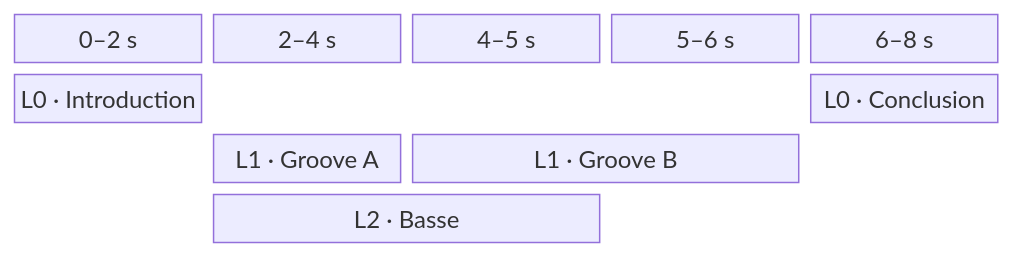
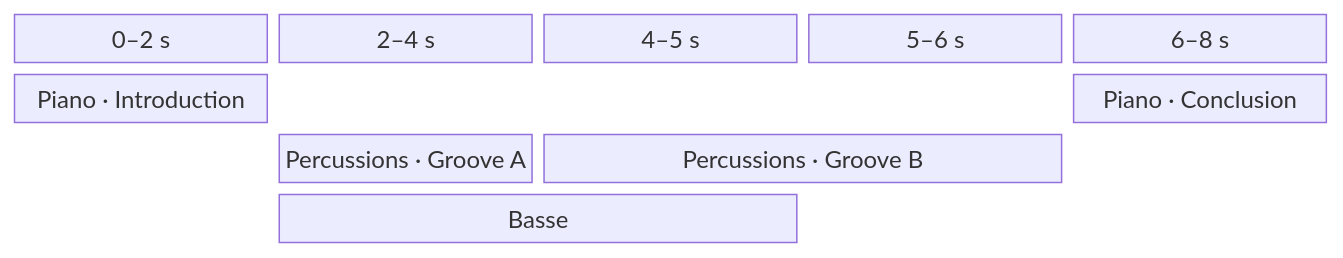
Before and after one commit to LucasBertrand/pianola-doc: the third of 4 diagrams in architecture.md, drawn with Mermaid. The commit also changed other lines of this file and 1 other file, not shown here.

````diff
--- a/architecture.md
+++ b/architecture.md
@@ -1423,8 +1483,8 @@
 ```mermaid
 block-beta
     columns 5
     t0["0–2 s"] t1["2–4 s"] t2["4–5 s"] t3["5–6 s"] t4["6–8 s"]
-    intro["L0 · Introduction"] space:3 conclusion["L0 · Conclusion"]
-    space grooveA["L1 · Groove A"] grooveB["L1 · Groove B"]:2 space
-    space bass["L2 · Basse"]:2 space:2
+    intro["Piano · Introduction"] space:3 conclusion["Piano · Conclusion"]
+    space grooveA["Percussions · Groove A"] grooveB["Percussions · Groove B"]:2 space
+    space bass["Basse"]:2 space:2
 ```
````
